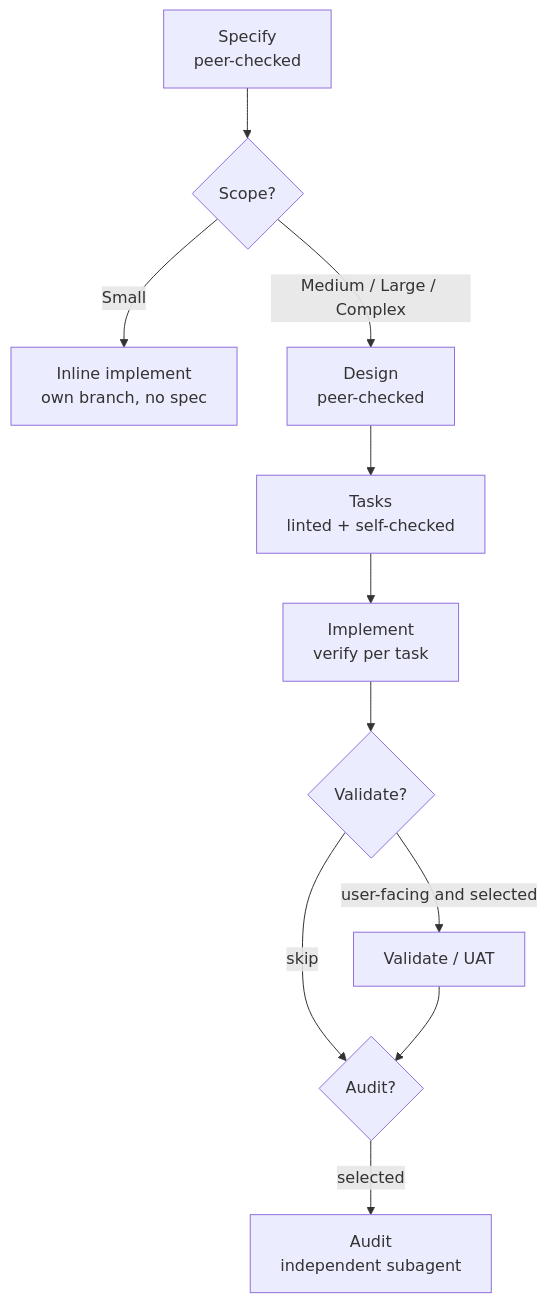
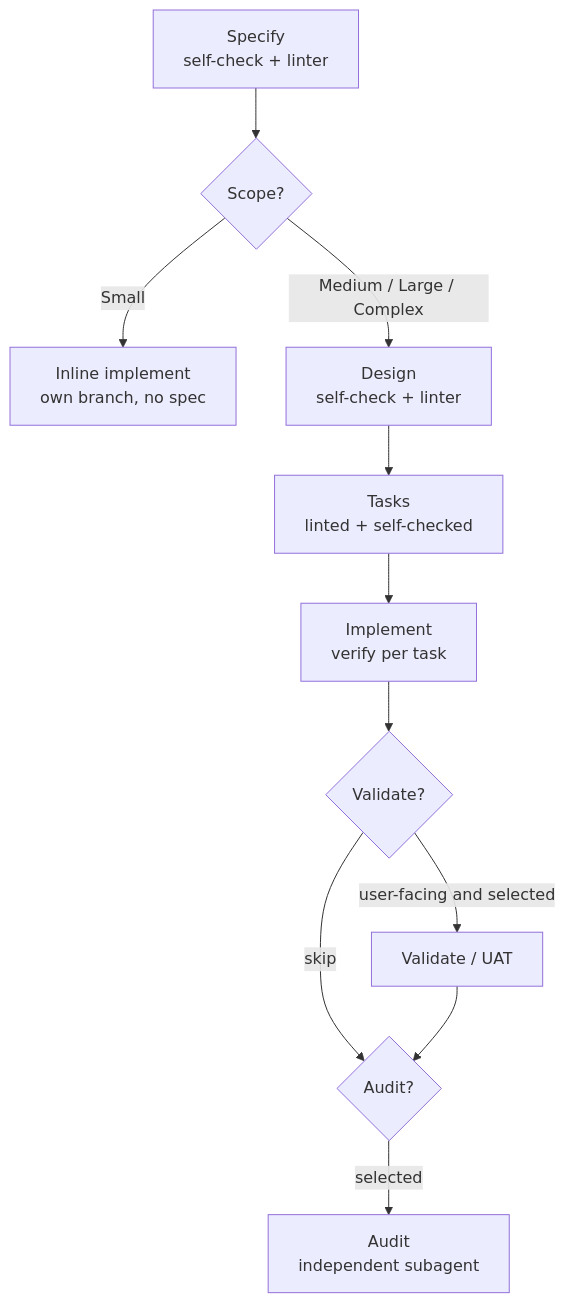
Before and after one commit to adeonir/agent-skills: the diagram in skills/engineering/spec-driven/README.md, drawn with Mermaid. The commit also changed other lines of this file and 4 other files, not shown here.

First line of the commit message:
refactor(spec-driven): drop the peer check over spec and design

````diff
--- a/skills/engineering/spec-driven/README.md
+++ b/skills/engineering/spec-driven/README.md
@@ -9,13 +9,13 @@
 ```mermaid
 flowchart TD
-    A[Specify<br/>peer-checked] --> B{Scope?}
+    A[Specify<br/>self-check + linter] --> B{Scope?}
     B -->|Small| S[Inline implement<br/>own branch, no spec]
-    B -->|Medium / Large / Complex| D[Design<br/>peer-checked]
+    B -->|Medium / Large / Complex| D[Design<br/>self-check + linter]
     D --> T[Tasks<br/>linted + self-checked]
     T --> I[Implement<br/>verify per task]
     I --> V{Validate?}
     V -->|user-facing and selected| VA[Validate / UAT]
     V -->|skip| AD{Audit?}
     VA --> AD
     AD -->|selected| AU[Audit<br/>independent subagent]
 ```
````
